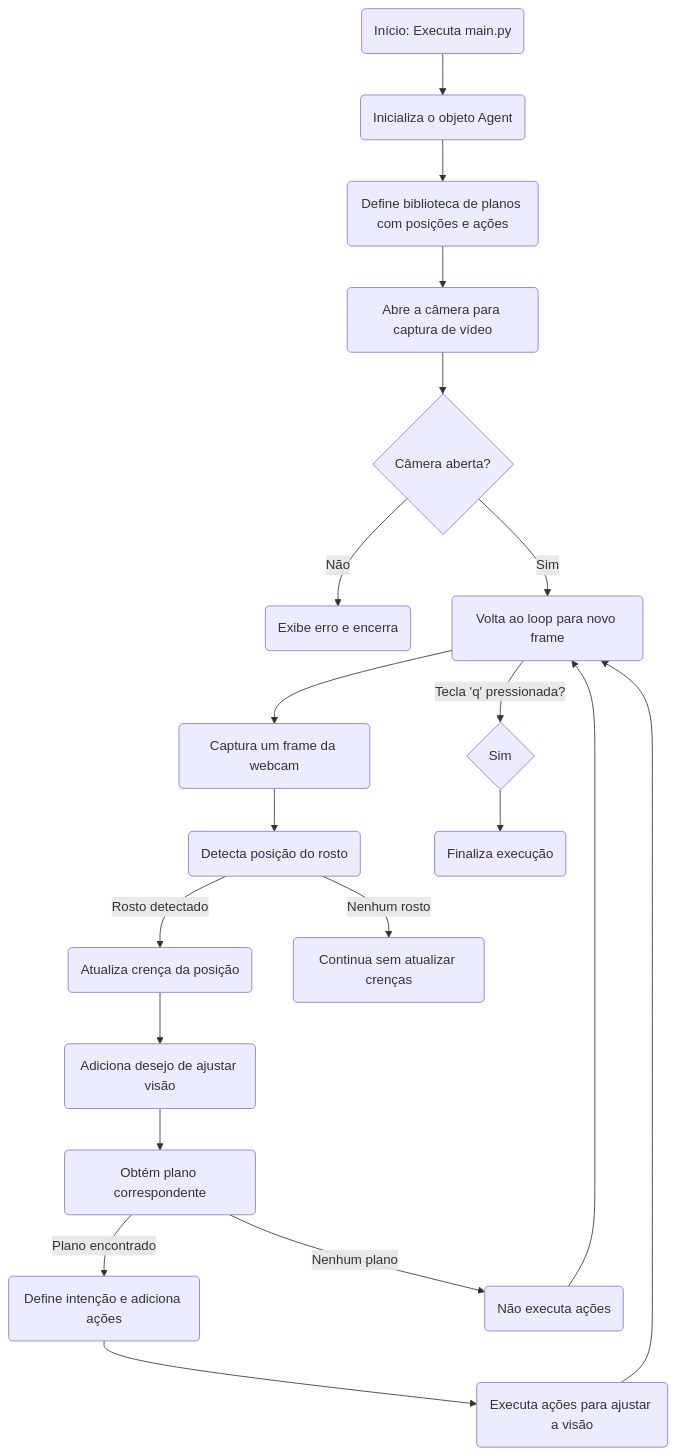
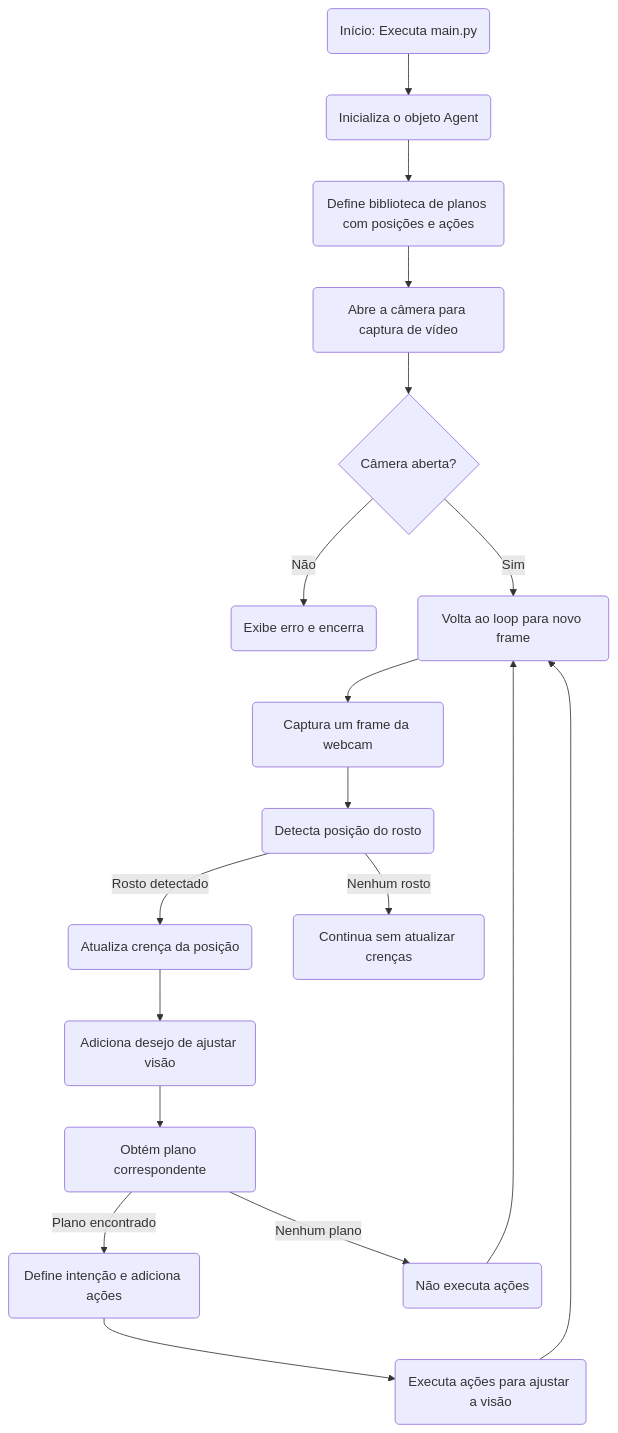
The diagram in README.md (ITA-LOW/agent_vision), drawn with Mermaid before and after one commit. The commit also changed 3 other files, not shown here.

````diff
--- a/README.md
+++ b/README.md
@@ -16,22 +16,20 @@
 ```mermaid
 flowchart TD
     A(Início: Executa main.py) --> B(Inicializa o objeto Agent)
     B --> C(Define biblioteca de planos com posições e ações)
     C --> D(Abre a câmera para captura de vídeo)
     D --> E{Câmera aberta?}
     E -- Não --> F(Exibe erro e encerra)
     E -- Sim --> G(Loop principal: leitura dos frames)
     G --> H(Captura um frame da webcam)
     H --> I(Detecta posição do rosto)
     I -- Rosto detectado --> J(Atualiza crença da posição)
     I -- Nenhum rosto --> K(Continua sem atualizar crenças)
     J --> L(Adiciona desejo de ajustar visão)
     L --> M(Obtém plano correspondente)
     M -- Plano encontrado --> N(Define intenção e adiciona ações)
     M -- Nenhum plano --> O(Não executa ações)
     N --> P(Executa ações para ajustar a visão)
     P --> G(Volta ao loop para novo frame)
     O --> G(Volta ao loop para novo frame)
-    G -- Tecla 'q' pressionada? --> Q{Sim}
-    Q --> R(Finaliza execução)
 ```
````
